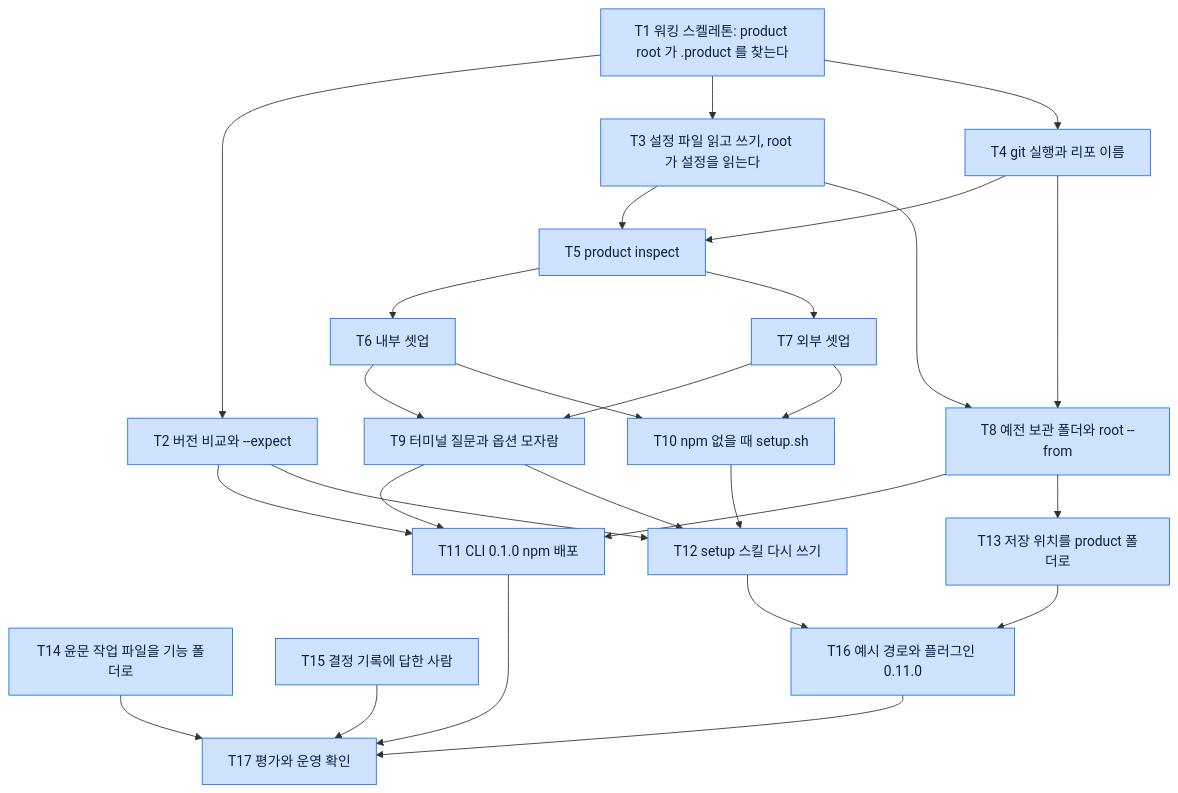
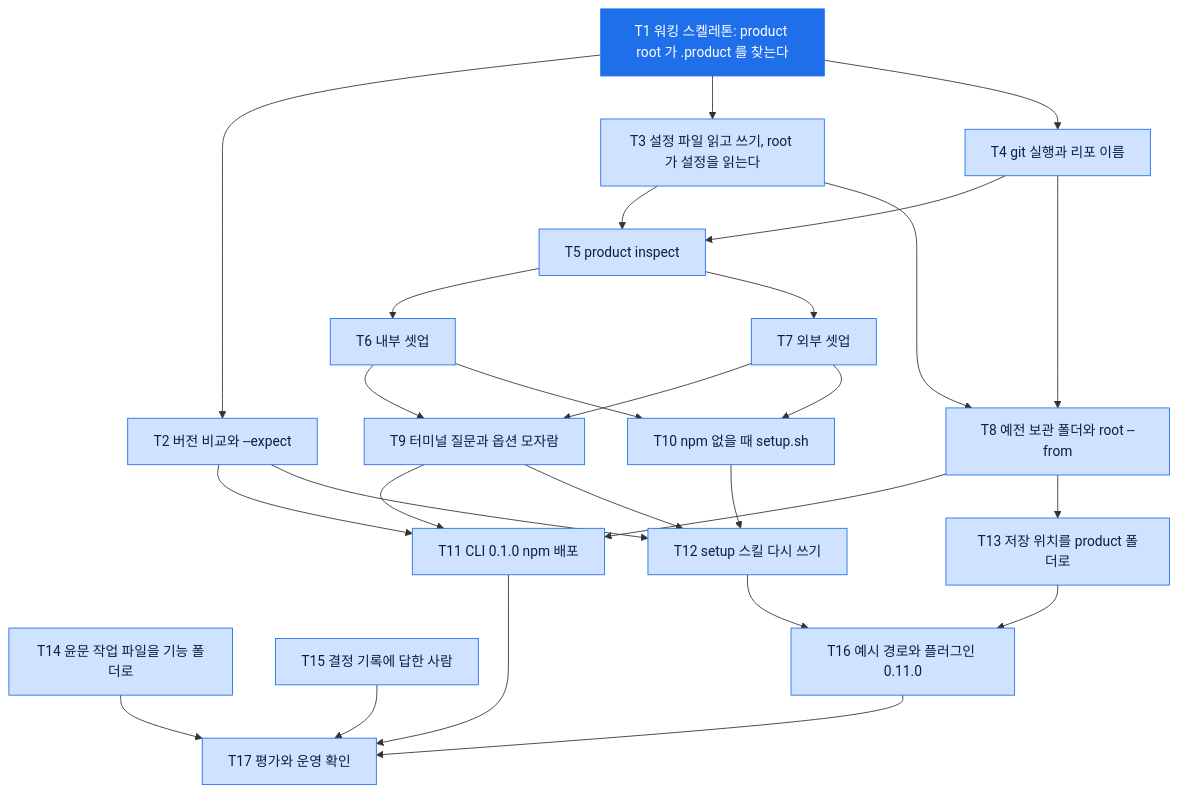
One commit to dorage/product-skills changed the diagram in .product/features/261122_setup-method/tasks.md. Above: the diagram before and after it, drawn with Mermaid. The commit also changed other lines of this file and 7 other files, not shown here.

````diff
--- a/.product/features/261122_setup-method/tasks.md
+++ b/.product/features/261122_setup-method/tasks.md
@@ -7,49 +7,50 @@
 ```mermaid
 flowchart TD
     T1["T1 워킹 스켈레톤: product root 가 .product 를 찾는다"]
     T2["T2 버전 비교와 --expect"]
     T3["T3 설정 파일 읽고 쓰기, root 가 설정을 읽는다"]
     T4["T4 git 실행과 리포 이름"]
     T5["T5 product inspect"]
     T6["T6 내부 셋업"]
     T7["T7 외부 셋업"]
     T8["T8 예전 보관 폴더와 root --from"]
     T9["T9 터미널 질문과 옵션 모자람"]
     T10["T10 npm 없을 때 setup.sh"]
     T11["T11 CLI 0.1.0 npm 배포"]
     T12["T12 setup 스킬 다시 쓰기"]
     T13["T13 저장 위치를 product 폴더로"]
     T14["T14 윤문 작업 파일을 기능 폴더로"]
     T15["T15 결정 기록에 답한 사람"]
     T16["T16 예시 경로와 플러그인 0.11.0"]
     T17["T17 평가와 운영 확인"]
     T1 --> T2
     T1 --> T3
     T1 --> T4
     T3 --> T5
     T4 --> T5
     T5 --> T6
     T5 --> T7
     T3 --> T8
     T4 --> T8
     T6 --> T9
     T7 --> T9
     T6 --> T10
     T7 --> T10
     T2 --> T11
     T8 --> T11
     T9 --> T11
     T9 --> T12
     T10 --> T12
     T2 --> T12
     T8 --> T13
     T12 --> T16
     T13 --> T16
     T11 --> T17
     T14 --> T17
     T15 --> T17
     T16 --> T17
     classDef done fill:#1f6feb,stroke:#1f6feb,color:#ffffff
     classDef todo fill:#cfe2ff,stroke:#1f6feb,color:#0b1f44
-    class T1,T2,T3,T4,T5,T6,T7,T8,T9,T10,T11,T12,T13,T14,T15,T16,T17 todo
+    class T1 done
+    class T2,T3,T4,T5,T6,T7,T8,T9,T10,T11,T12,T13,T14,T15,T16,T17 todo
 ```
````
